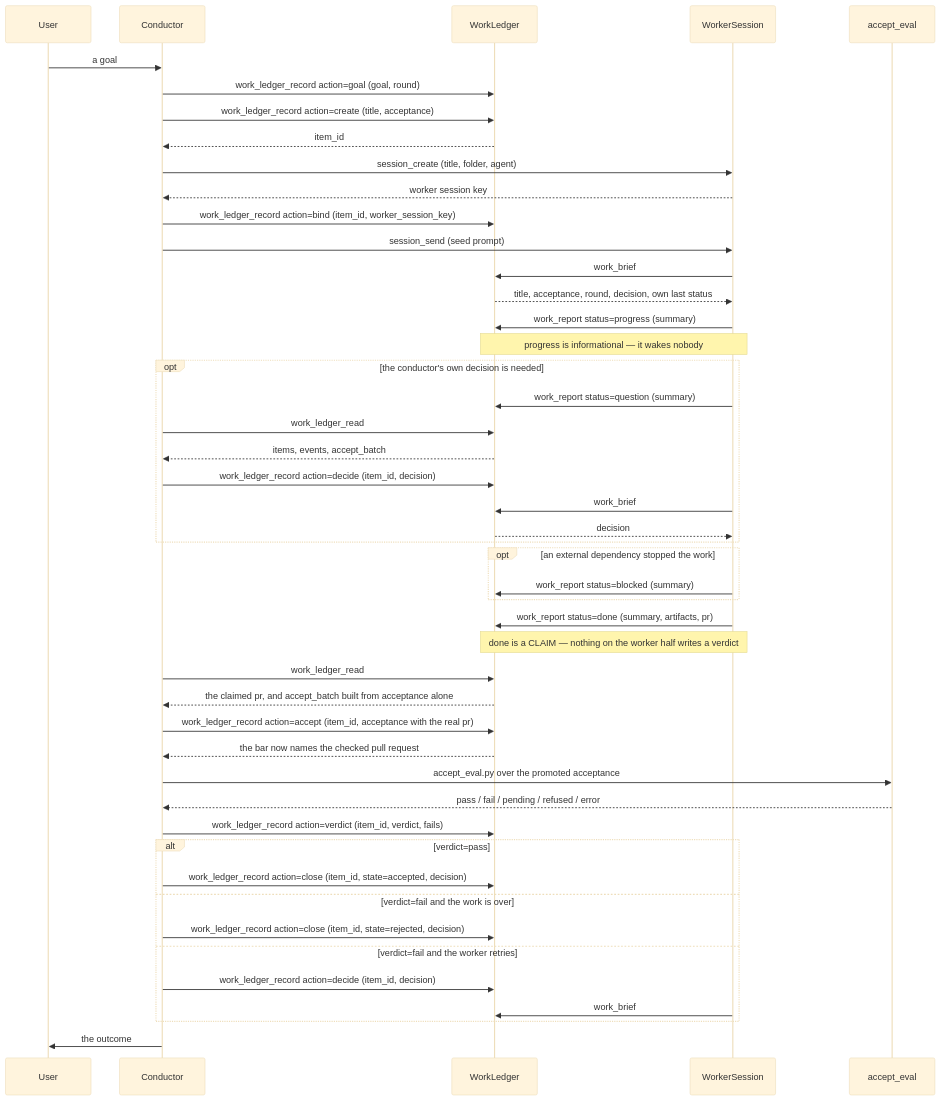
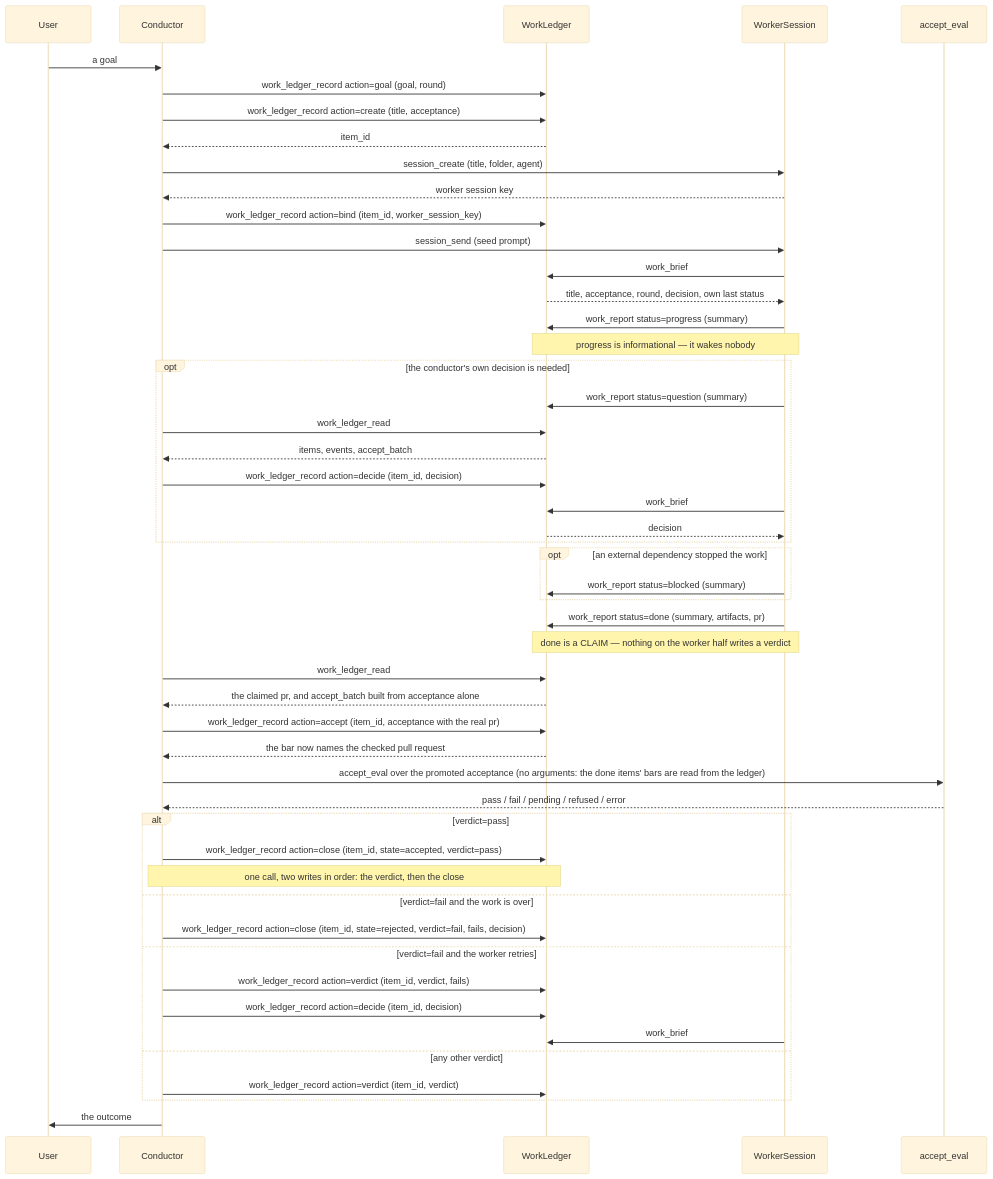
Before and after one commit to kirodotdev/KiroCrew: the diagram in docs/reference/ledger-conductor-sequence.md, drawn with Mermaid (base theme). The commit also changed other lines of this file and 16 other files, not shown here.

First line of the commit message:
perf(conductor): settle a done item in three round trips, not six

````diff
--- a/docs/reference/ledger-conductor-sequence.md
+++ b/docs/reference/ledger-conductor-sequence.md
@@ -11,60 +11,63 @@
 ```mermaid
 sequenceDiagram
     participant U as User
     participant C as Conductor
     participant L as WorkLedger
     participant W as WorkerSession
     participant E as accept_eval
 
     U->>C: a goal
     C->>L: work_ledger_record action=goal (goal, round)
     C->>L: work_ledger_record action=create (title, acceptance)
     L-->>C: item_id
 
     C->>W: session_create (title, folder, agent)
     W-->>C: worker session key
     C->>L: work_ledger_record action=bind (item_id, worker_session_key)
     C->>W: session_send (seed prompt)
 
     W->>L: work_brief
     L-->>W: title, acceptance, round, decision, own last status
 
     W->>L: work_report status=progress (summary)
     Note over W,L: progress is informational — it wakes nobody
 
     opt the conductor's own decision is needed
         W->>L: work_report status=question (summary)
         C->>L: work_ledger_read
         L-->>C: items, events, accept_batch
         C->>L: work_ledger_record action=decide (item_id, decision)
         W->>L: work_brief
         L-->>W: decision
     end
 
     opt an external dependency stopped the work
         W->>L: work_report status=blocked (summary)
     end
 
     W->>L: work_report status=done (summary, artifacts, pr)
     Note over W,L: done is a CLAIM — nothing on the worker half writes a verdict
 
     C->>L: work_ledger_read
     L-->>C: the claimed pr, and accept_batch built from acceptance alone
     C->>L: work_ledger_record action=accept (item_id, acceptance with the real pr)
     L-->>C: the bar now names the checked pull request
 
-    C->>E: accept_eval.py over the promoted acceptance
+    C->>E: accept_eval over the promoted acceptance (no arguments: the done items' bars are read from the ledger)
     E-->>C: pass / fail / pending / refused / error
-    C->>L: work_ledger_record action=verdict (item_id, verdict, fails)
 
     alt verdict=pass
-        C->>L: work_ledger_record action=close (item_id, state=accepted, decision)
+        C->>L: work_ledger_record action=close (item_id, state=accepted, verdict=pass)
+        Note over C,L: one call, two writes in order: the verdict, then the close
     else verdict=fail and the work is over
-        C->>L: work_ledger_record action=close (item_id, state=rejected, decision)
+        C->>L: work_ledger_record action=close (item_id, state=rejected, verdict=fail, fails, decision)
     else verdict=fail and the worker retries
+        C->>L: work_ledger_record action=verdict (item_id, verdict, fails)
         C->>L: work_ledger_record action=decide (item_id, decision)
         W->>L: work_brief
+    else any other verdict
+        C->>L: work_ledger_record action=verdict (item_id, verdict)
     end
 
     C->>U: the outcome
 ```
````
